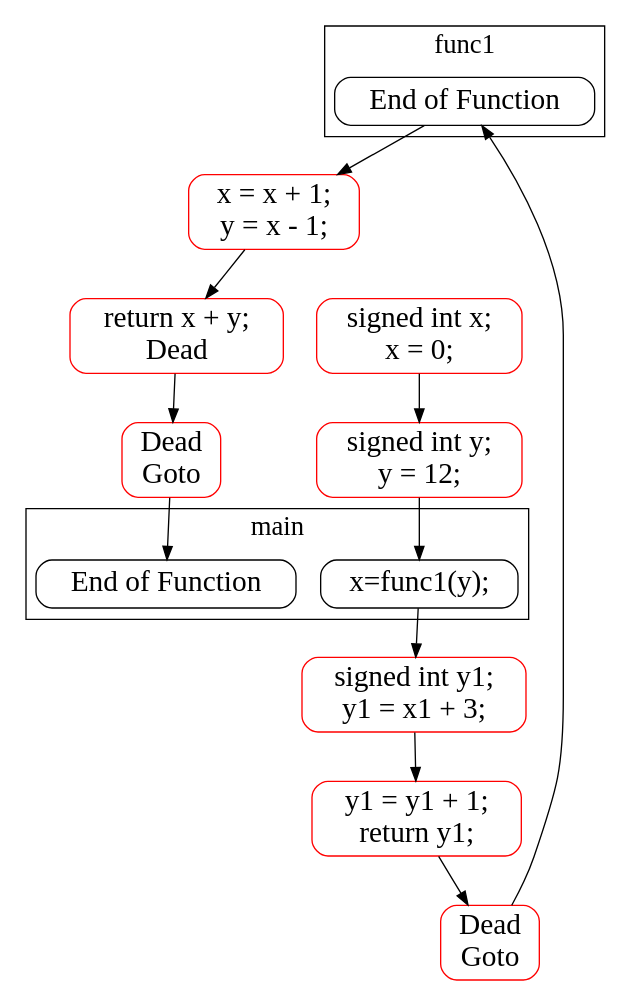
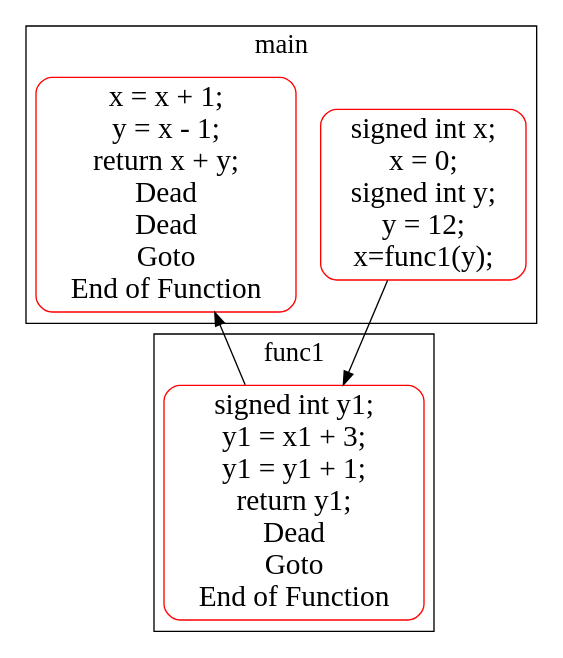
The diagram in output/singlefunctionscalls-cfg-goto/singlefunctionscalls-cfg-goto_updated2.dot (meysamkhazaee/dot_parser), drawn with Graphviz before and after one commit. The commit also changed 18 other files, not shown here.

```diff
--- a/output/singlefunctionscalls-cfg-goto/singlefunctionscalls-cfg-goto_updated2.dot
+++ b/output/singlefunctionscalls-cfg-goto/singlefunctionscalls-cfg-goto_updated2.dot
@@ -1,37 +1,21 @@
 digraph G {
 color=black;
 orientation=portrait;
 fontsize=20;
 compound=true;
 size="30,40";
 ratio=compress;
 subgraph "cluster_main" {
 label="main";
-Node_0_4 [shape=Mrecord, fontsize=22, label="x=func1(y);"];
-Node_0_11 [shape=Mrecord, fontsize=22, label="End of Function"];
+Node_0_0_Node_0_1_Node_0_2_Node_0_3_Node_0_4 [label="signed int x;\nx = 0;\nsigned int y;\ny = 12;\nx=func1(y);", shape=Mrecord, fontsize=22, color=red];
+Node_0_5_Node_0_6_Node_0_7_Node_0_8_Node_0_9_Node_0_10_Node_0_11 [label="x = x + 1;\ny = x - 1;\nreturn x + y;\nDead\nDead\nGoto\nEnd of Function", shape=Mrecord, fontsize=22, color=red];
 }
 
 subgraph "cluster_func1" {
 label="func1";
-Node_1_18 [shape=Mrecord, fontsize=22, label="End of Function"];
+Node_1_12_Node_1_13_Node_1_14_Node_1_15_Node_1_16_Node_1_17_Node_1_18 [label="signed int y1;\ny1 = x1 + 3;\ny1 = y1 + 1;\nreturn y1;\nDead\nGoto\nEnd of Function", shape=Mrecord, fontsize=22, color=red];
 }
 
-Node_0_0_Node_0_1 [label="signed int x;\nx = 0;", shape=Mrecord, fontsize=22, color=red];
-Node_0_2_Node_0_3 [label="signed int y;\ny = 12;", shape=Mrecord, fontsize=22, color=red];
-Node_0_2_Node_0_3 -> Node_0_4;
-Node_0_0_Node_0_1 -> Node_0_2_Node_0_3;
-Node_0_5_Node_0_6 [label="x = x + 1;\ny = x - 1;", shape=Mrecord, fontsize=22, color=red];
-Node_1_18 -> Node_0_5_Node_0_6;
-Node_0_7_Node_0_8 [label="return x + y;\nDead", shape=Mrecord, fontsize=22, color=red];
-Node_0_5_Node_0_6 -> Node_0_7_Node_0_8;
-Node_0_9_Node_0_10 [label="Dead\nGoto", shape=Mrecord, fontsize=22, color=red];
-Node_0_9_Node_0_10 -> Node_0_11;
-Node_0_7_Node_0_8 -> Node_0_9_Node_0_10;
-Node_1_12_Node_1_13 [label="signed int y1;\ny1 = x1 + 3;", shape=Mrecord, fontsize=22, color=red];
-Node_0_4 -> Node_1_12_Node_1_13;
-Node_1_14_Node_1_15 [label="y1 = y1 + 1;\nreturn y1;", shape=Mrecord, fontsize=22, color=red];
-Node_1_12_Node_1_13 -> Node_1_14_Node_1_15;
-Node_1_16_Node_1_17 [label="Dead\nGoto", shape=Mrecord, fontsize=22, color=red];
-Node_1_16_Node_1_17 -> Node_1_18;
-Node_1_14_Node_1_15 -> Node_1_16_Node_1_17;
+Node_1_12_Node_1_13_Node_1_14_Node_1_15_Node_1_16_Node_1_17_Node_1_18 -> Node_0_5_Node_0_6_Node_0_7_Node_0_8_Node_0_9_Node_0_10_Node_0_11;
+Node_0_0_Node_0_1_Node_0_2_Node_0_3_Node_0_4 -> Node_1_12_Node_1_13_Node_1_14_Node_1_15_Node_1_16_Node_1_17_Node_1_18;
 }
```
